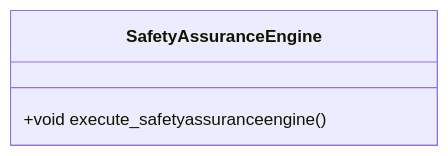
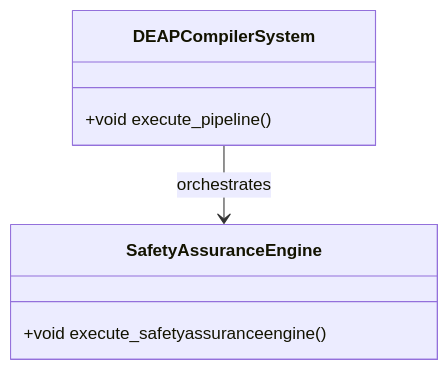
Before and after one commit to gintatkinson/dumpiler-01: the diagram in docs/features/FEAT-36-SafetyAssuranceEngine.md, drawn with Mermaid. The commit also changed other lines of this file and 90 other files, not shown here.

````diff
--- a/docs/features/FEAT-36-SafetyAssuranceEngine.md
+++ b/docs/features/FEAT-36-SafetyAssuranceEngine.md
@@ -25,6 +25,10 @@
 ```mermaid
 classDiagram
+    class DEAPCompilerSystem {
+        +void execute_pipeline()
+    }
     class SafetyAssuranceEngine {
         +void execute_safetyassuranceengine()
     }
+    DEAPCompilerSystem --> SafetyAssuranceEngine : orchestrates
 ```
````
